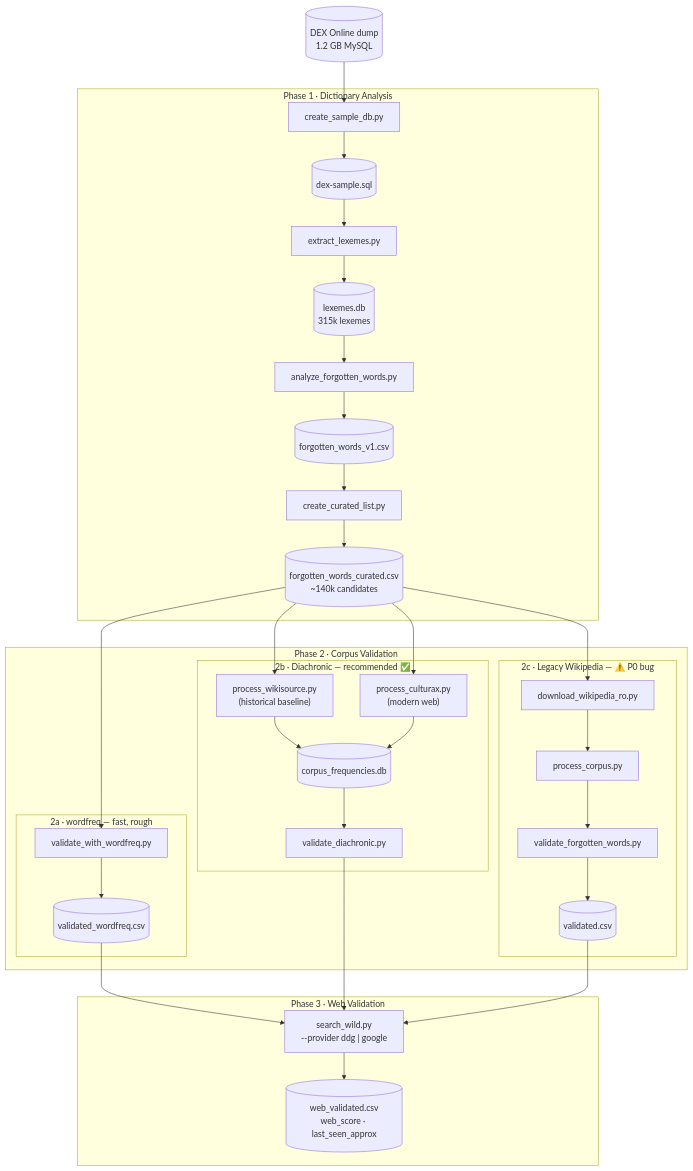
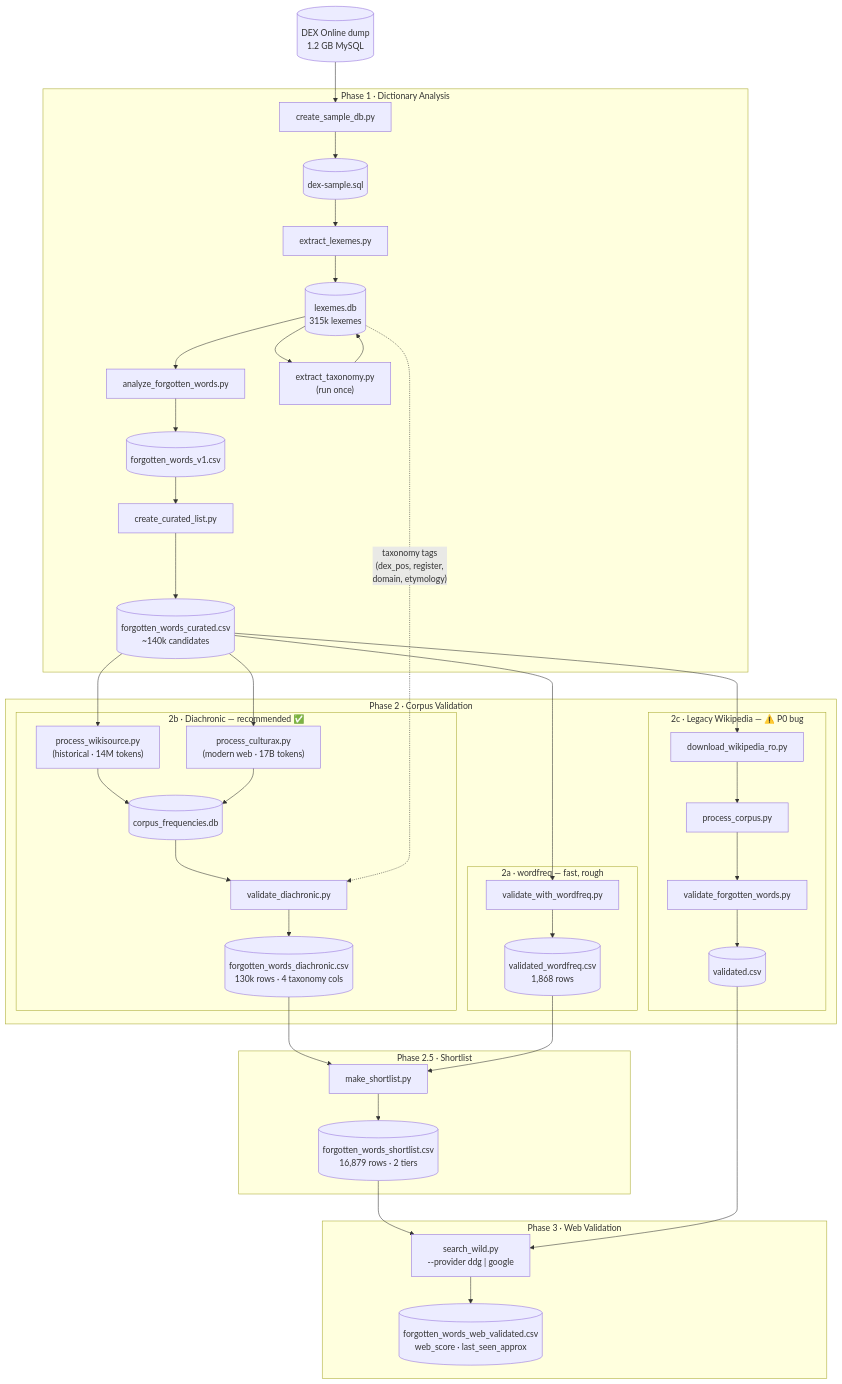
The first of 2 diagrams in readme.md (gov2-ro/otzios), drawn with Mermaid before and after one commit. The commit also changed other lines of this file, not shown here.

First line of the commit message:
docs(readme): major update — pipeline diagrams, shortlist, real sample data

````diff
--- a/readme.md
+++ b/readme.md
@@ -20,38 +20,45 @@
 ```mermaid
 flowchart TD
     DEX[("DEX Online dump\n1.2 GB MySQL")]
 
     subgraph P1["Phase 1 · Dictionary Analysis"]
         A["create_sample_db.py"] --> B[("dex-sample.sql")]
         B --> C["extract_lexemes.py"] --> D[("lexemes.db\n315k lexemes")]
         D --> E["analyze_forgotten_words.py"] --> F[("forgotten_words_v1.csv")]
         F --> G["create_curated_list.py"] --> H[("forgotten_words_curated.csv\n~140k candidates")]
+        D --> TAX["extract_taxonomy.py\n(run once)"] --> D
     end
 
     subgraph P2["Phase 2 · Corpus Validation"]
         subgraph P2A["2a · wordfreq — fast, rough"]
-            WF["validate_with_wordfreq.py"] --> WF_OUT[("validated_wordfreq.csv")]
+            WF["validate_with_wordfreq.py"] --> WF_OUT[("validated_wordfreq.csv\n1,868 rows")]
         end
         subgraph P2B["2b · Diachronic — recommended ✅"]
-            WS["process_wikisource.py\n(historical baseline)"]
-            CX["process_culturax.py\n(modern web)"]
+            WS["process_wikisource.py\n(historical · 14M tokens)"]
+            CX["process_culturax.py\n(modern web · 17B tokens)"]
             WS & CX --> CORP[("corpus_frequencies.db")]
-            CORP --> DIA["validate_diachronic.py"]
+            CORP --> DIA["validate_diachronic.py"] --> DIA_OUT[("forgotten_words_diachronic.csv\n130k rows · 4 taxonomy cols")]
         end
         subgraph P2C["2c · Legacy Wikipedia — ⚠️ P0 bug"]
             DL["download_wikipedia_ro.py"] --> PC["process_corpus.py"] --> VFW["validate_forgotten_words.py"] --> LEG[("validated.csv")]
         end
     end
 
+    subgraph P25["Phase 2.5 · Shortlist"]
+        SL["make_shortlist.py"] --> SL_OUT[("forgotten_words_shortlist.csv\n16,879 rows · 2 tiers")]
+    end
+
     subgraph P3["Phase 3 · Web Validation"]
-        SW["search_wild.py\n--provider ddg | google"] --> WEB_OUT[("web_validated.csv\nweb_score · last_seen_approx")]
+        SW["search_wild.py\n--provider ddg | google"] --> WEB_OUT[("forgotten_words_web_validated.csv\nweb_score · last_seen_approx")]
     end
 
     DEX --> A
     H --> WF
     H --> WS & CX
     H --> DL
-    WF_OUT --> SW
-    DIA --> SW
+    D -.->|"taxonomy tags\n(dex_pos, register,\ndomain, etymology)"| DIA
+    DIA_OUT --> SL
+    WF_OUT --> SL
+    SL_OUT --> SW
     LEG --> SW
 ```
````
